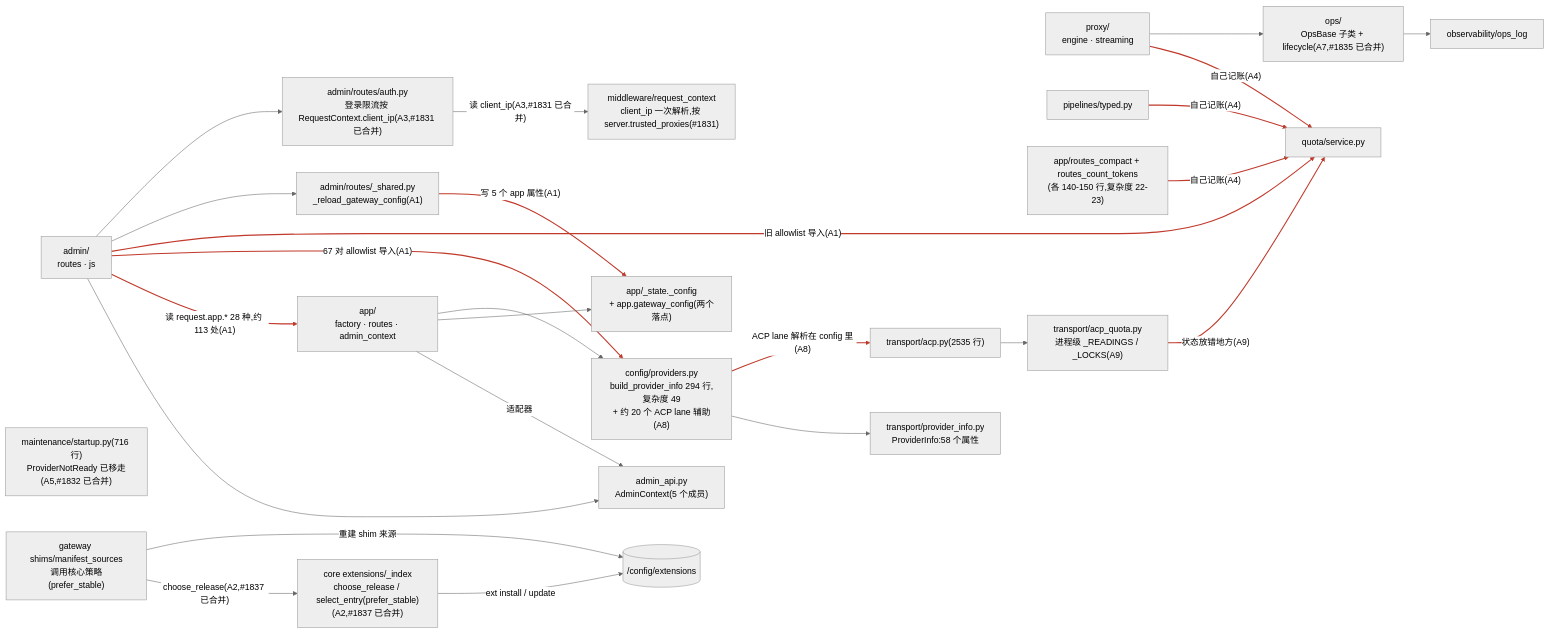
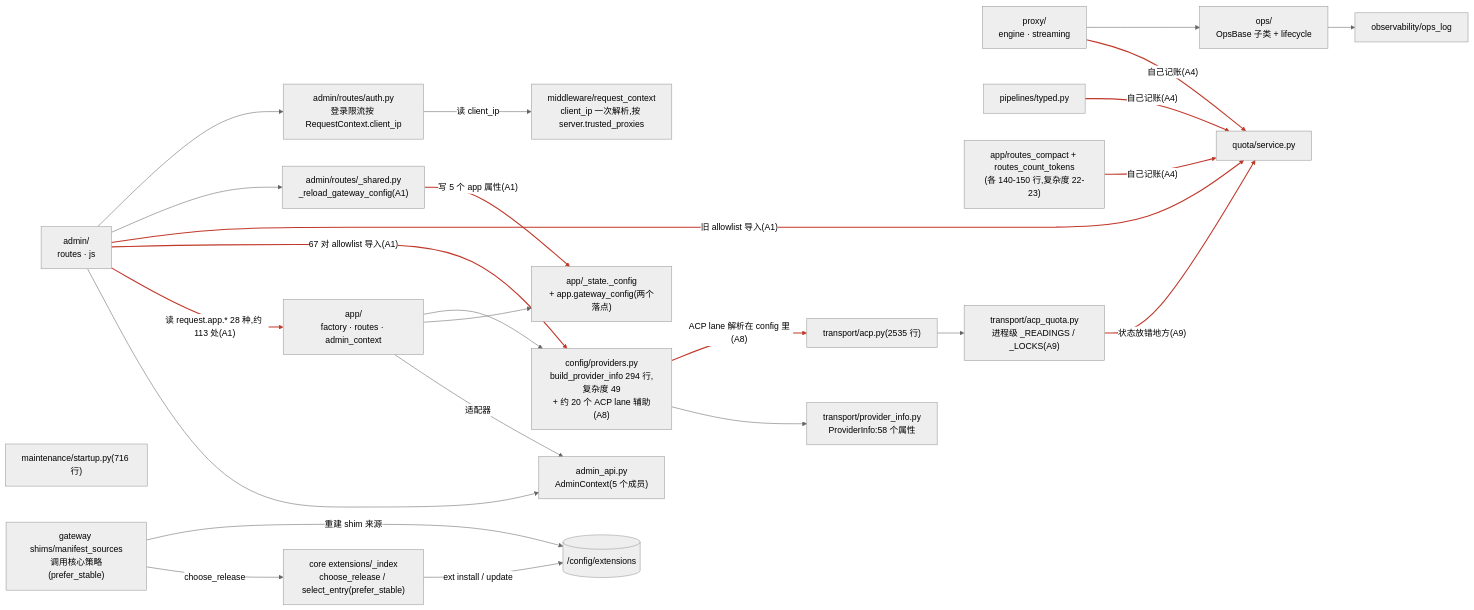
One commit to Oaklight/llm-rosetta changed the diagram in gap_actual.mmd. Above: the diagram before and after it, drawn with Mermaid (neutral theme). The commit also changed 10 other files, not shown here.

Commit message:
diagrams: describe the current architecture only; request_log peer_ip and forwarded_for

```diff
--- a/gap_actual.mmd
+++ b/gap_actual.mmd
@@ -1,46 +1,46 @@
 flowchart LR
   ADMIN["admin/<br/>routes · js"]
   ADMINAPI["admin_api.py<br/>AdminContext(5 个成员)"]
   APP["app/<br/>factory · routes · admin_context"]
   STATE["app/_state._config<br/>+ app.gateway_config(两个落点)"]
   RELOAD["admin/routes/_shared.py<br/>_reload_gateway_config(A1)"]
-  LOGIN["admin/routes/auth.py<br/>登录限流按 RequestContext.client_ip(A3,#1831 已合并)"]
-  MWCTX["middleware/request_context<br/>client_ip 一次解析,按 server.trusted_proxies(#1831)"]
+  LOGIN["admin/routes/auth.py<br/>登录限流按 RequestContext.client_ip"]
+  MWCTX["middleware/request_context<br/>client_ip 一次解析,按 server.trusted_proxies"]
   PROXY["proxy/<br/>engine · streaming"]
   PIPES["pipelines/typed.py"]
   RELAY["app/routes_compact + routes_count_tokens<br/>(各 140-150 行,复杂度 22-23)"]
   CONFIG["config/providers.py<br/>build_provider_info 294 行,复杂度 49<br/>+ 约 20 个 ACP lane 辅助(A8)"]
   PINFO["transport/provider_info.py<br/>ProviderInfo:58 个属性"]
   TRANSPORT["transport/acp.py(2535 行)"]
   ACPQ["transport/acp_quota.py<br/>进程级 _READINGS / _LOCKS(A9)"]
   QUOTA["quota/service.py"]
-  MAINT["maintenance/startup.py(716 行)<br/>ProviderNotReady 已移走(A5,#1832 已合并)"]
-  OPS["ops/<br/>OpsBase 子类 + lifecycle(A7,#1835 已合并)"]
+  MAINT["maintenance/startup.py(716 行)"]
+  OPS["ops/<br/>OpsBase 子类 + lifecycle"]
   OPSLOG["observability/ops_log"]
-  EXTCORE["core extensions/_index<br/>choose_release / select_entry(prefer_stable)(A2,#1837 已合并)"]
+  EXTCORE["core extensions/_index<br/>choose_release / select_entry(prefer_stable)"]
   EXTGW["gateway shims/manifest_sources<br/>调用核心策略(prefer_stable)"]
   EXTDIR[("/config/extensions")]
   ADMIN --> ADMINAPI
   APP -->|"适配器"| ADMINAPI
   ADMIN -->|"读 request.app.* 28 种,约 113 处(A1)"| APP
   ADMIN -->|"67 对 allowlist 导入(A1)"| CONFIG
   ADMIN -->|"旧 allowlist 导入(A1)"| QUOTA
   ADMIN --> RELOAD
   RELOAD -->|"写 5 个 app 属性(A1)"| STATE
   APP --> STATE
   ADMIN --> LOGIN
-  LOGIN -->|"读 client_ip(A3,#1831 已合并)"| MWCTX
+  LOGIN -->|"读 client_ip"| MWCTX
   PROXY -->|"自己记账(A4)"| QUOTA
   PIPES -->|"自己记账(A4)"| QUOTA
   RELAY -->|"自己记账(A4)"| QUOTA
   APP --> CONFIG
   CONFIG --> PINFO
   CONFIG -->|"ACP lane 解析在 config 里(A8)"| TRANSPORT
   TRANSPORT --> ACPQ
   ACPQ -->|"状态放错地方(A9)"| QUOTA
   PROXY --> OPS
   OPS --> OPSLOG
   EXTCORE -->|"ext install / update"| EXTDIR
-  EXTGW -->|"choose_release(A2,#1837 已合并)"| EXTCORE
+  EXTGW -->|"choose_release"| EXTCORE
   EXTGW -->|"重建 shim 来源"| EXTDIR
   linkStyle 2,3,4,6,10,11,12,15,17 stroke:#c0392b,stroke-width:2px
```
